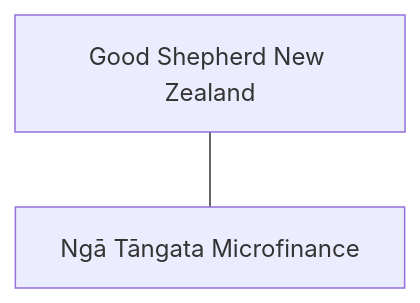
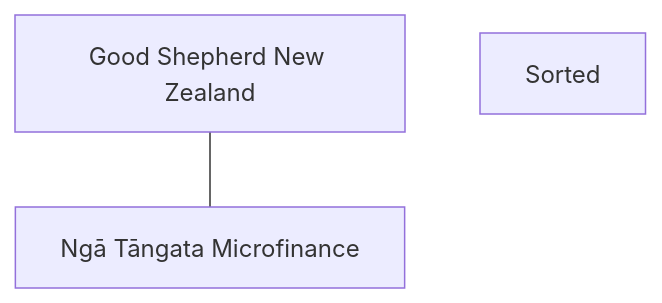
Diagram 18 of 22 in GUIDE.md (olitreadwell/nz-tech-for-good), drawn with Mermaid before and after one commit. The commit also changed other lines of this file and 4 other files, not shown here.

````diff
--- a/GUIDE.md
+++ b/GUIDE.md
@@ -354,6 +364,7 @@
 ```mermaid
 flowchart TD
     n_GoodShepherdNewZealand["Good Shepherd New Zealand"]
     n_NgTngataMicrofinance["Ngā Tāngata Microfinance"]
+    n_Sorted["Sorted"]
     n_GoodShepherdNewZealand --- n_NgTngataMicrofinance
 ```
````
